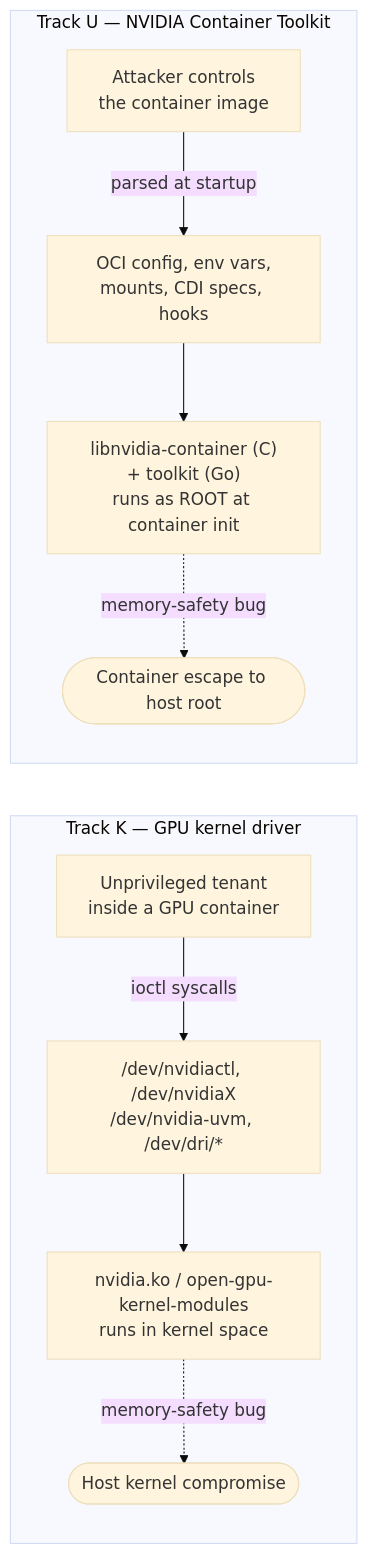
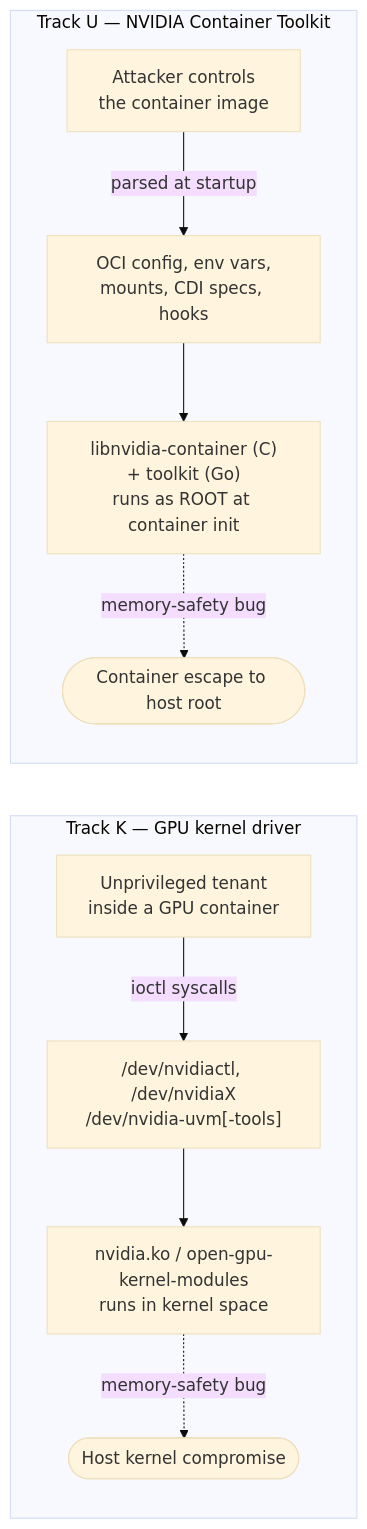
One commit to Indspl0it/gspwn changed the first of 5 diagrams in README.md. Above: the diagram before and after it, drawn with Mermaid (base theme). The commit also changed other lines of this file and 10 other files, not shown here.

````diff
--- a/README.md
+++ b/README.md
@@ -44,20 +44,20 @@
 ```mermaid
 flowchart LR
     subgraph TK["Track K — GPU kernel driver"]
         direction TB
         T1["Unprivileged tenant<br/>inside a GPU container"]
-        T2["/dev/nvidiactl, /dev/nvidiaX<br/>/dev/nvidia-uvm, /dev/dri/*"]
+        T2["/dev/nvidiactl, /dev/nvidiaX<br/>/dev/nvidia-uvm[-tools]"]
         T3["nvidia.ko / open-gpu-kernel-modules<br/>runs in kernel space"]
         T1 -->|"ioctl syscalls"| T2 --> T3
         T3 -.->|"memory-safety bug"| T4(["Host kernel compromise"])
     end
 
     subgraph TU["Track U — NVIDIA Container Toolkit"]
         direction TB
         U1["Attacker controls<br/>the container image"]
         U2["OCI config, env vars,<br/>mounts, CDI specs, hooks"]
         U3["libnvidia-container (C)<br/>+ toolkit (Go)<br/>runs as ROOT at container init"]
         U1 -->|"parsed at startup"| U2 --> U3
         U3 -.->|"memory-safety bug"| U4(["Container escape to host root"])
     end
 ```
````
